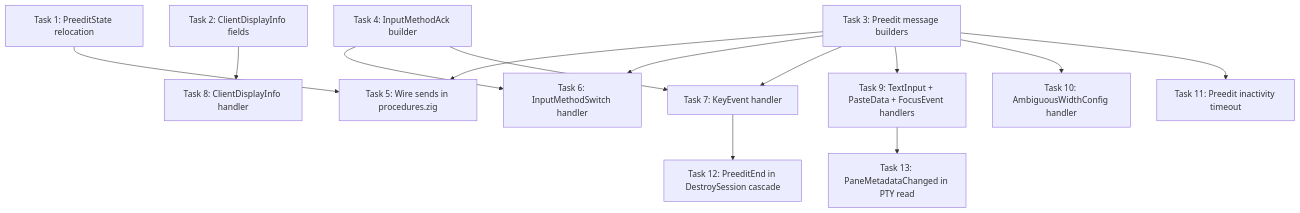
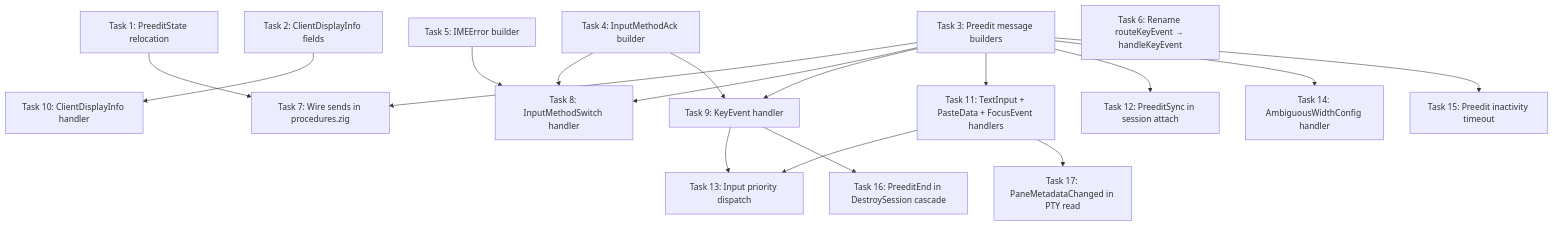
One commit to powdream-org/it-shell3 changed the diagram in docs/superpowers/plans/2026-04-02-libitshell3-input-pipeline.md. Above: the diagram before and after it, drawn with Mermaid. The commit also changed other lines of this file and 9 other files, not shown here.

````diff
--- a/docs/superpowers/plans/2026-04-02-libitshell3-input-pipeline.md
+++ b/docs/superpowers/plans/2026-04-02-libitshell3-input-pipeline.md
@@ -87,22 +98,28 @@
 ```mermaid
 graph TD
-    T1["Task 1: PreeditState relocation"] --> T5
-    T2["Task 2: ClientDisplayInfo fields"] --> T8
-    T3["Task 3: Preedit message builders"] --> T5
-    T3 --> T6
-    T3 --> T7
+    T1["Task 1: PreeditState relocation"] --> T7
+    T2["Task 2: ClientDisplayInfo fields"] --> T10
+    T3["Task 3: Preedit message builders"] --> T7
+    T3 --> T8
     T3 --> T9
-    T3 --> T10
     T3 --> T11
-    T4["Task 4: InputMethodAck builder"] --> T6
-    T4 --> T7
-    T5["Task 5: Wire sends in procedures.zig"]
-    T6["Task 6: InputMethodSwitch handler"]
-    T7["Task 7: KeyEvent handler"]
-    T8["Task 8: ClientDisplayInfo handler"]
-    T9["Task 9: TextInput + PasteData + FocusEvent handlers"]
-    T10["Task 10: AmbiguousWidthConfig handler"]
-    T11["Task 11: Preedit inactivity timeout"]
-    T7 --> T12["Task 12: PreeditEnd in DestroySession cascade"]
-    T9 --> T13["Task 13: PaneMetadataChanged in PTY read"]
+    T3 --> T12
+    T3 --> T14
+    T3 --> T15
+    T4["Task 4: InputMethodAck builder"] --> T8
+    T4 --> T9
+    T5["Task 5: IMEError builder"] --> T8
+    T6["Task 6: Rename routeKeyEvent → handleKeyEvent"]
+    T7["Task 7: Wire sends in procedures.zig"]
+    T8["Task 8: InputMethodSwitch handler"]
+    T9["Task 9: KeyEvent handler"]
+    T10["Task 10: ClientDisplayInfo handler"]
+    T11["Task 11: TextInput + PasteData + FocusEvent handlers"]
+    T9 --> T13["Task 13: Input priority dispatch"]
+    T11 --> T13
+    T14["Task 14: AmbiguousWidthConfig handler"]
+    T15["Task 15: Preedit inactivity timeout"]
+    T9 --> T16["Task 16: PreeditEnd in DestroySession cascade"]
+    T11 --> T17["Task 17: PaneMetadataChanged in PTY read"]
+    T12["Task 12: PreeditSync in session attach"]
 ```
````
